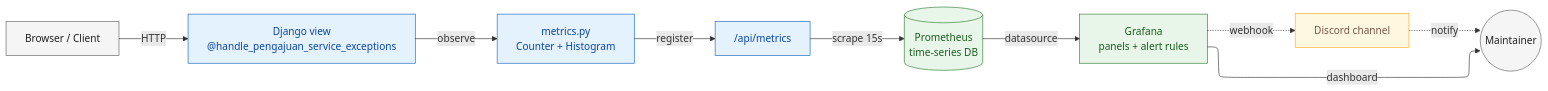
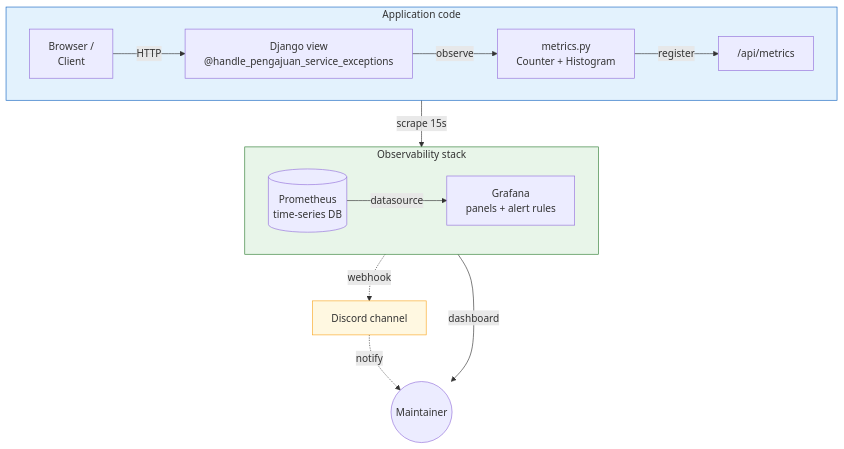
One commit to HusinHakim/blog-husin changed the diagram in content/post/monitoring-pengajuan-prometheus.md. Above: the diagram before and after it, drawn with Mermaid.

Commit message:
Restructure monitoring diagram as two horizontal lanes stacked vertically

```diff
--- a/content/post/monitoring-pengajuan-prometheus.md
+++ b/content/post/monitoring-pengajuan-prometheus.md
@@ -16,31 +16,24 @@
 {{< mermaid >}}
-%%{init: {'flowchart': {'defaultRenderer': 'elk', 'curve': 'basis'}}}%%
-flowchart LR
-    Client["Browser / Client"]
-    Django["Django view<br/>@handle_pengajuan_service_exceptions"]
-    Metrics["metrics.py<br/>Counter + Histogram"]
-    Endpoint["/api/metrics"]
-    Prom[("Prometheus<br/>time-series DB")]
-    Grafana["Grafana<br/>panels + alert rules"]
-    Discord["Discord channel"]
-    Maintainer((Maintainer))
+flowchart TB
+    subgraph App["Application code"]
+        direction LR
+        Client["Browser /<br/>Client"] -->|HTTP| Django["Django view<br/>@handle_pengajuan_service_exceptions"]
+        Django -->|observe| Metrics["metrics.py<br/>Counter + Histogram"]
+        Metrics -->|register| Endpoint["/api/metrics"]
+    end
 
-    Client -->|HTTP| Django
-    Django -->|observe| Metrics
-    Metrics -->|register| Endpoint
+    subgraph Stack["Observability stack"]
+        direction LR
+        Prom[("Prometheus<br/>time-series DB")] -->|datasource| Grafana["Grafana<br/>panels + alert rules"]
+    end
+
     Endpoint -->|scrape 15s| Prom
-    Prom -->|datasource| Grafana
-    Grafana -->|dashboard| Maintainer
-    Grafana -.->|webhook| Discord
-    Discord -.->|notify| Maintainer
 
-    classDef app fill:#e3f2fd,stroke:#1565c0,color:#0d47a1
-    classDef stack fill:#e8f5e9,stroke:#2e7d32,color:#1b5e20
-    classDef notify fill:#fff8e1,stroke:#f9a825,color:#795548
-    classDef actor fill:#f5f5f5,stroke:#616161,color:#212121
+    Grafana -->|dashboard| Maint((Maintainer))
+    Grafana -.->|webhook| Discord["Discord channel"]
+    Discord -.->|notify| Maint
 
-    class Django,Metrics,Endpoint app
-    class Prom,Grafana stack
-    class Discord notify
-    class Client,Maintainer actor
+    style App fill:#e3f2fd,stroke:#1565c0,stroke-width:1px
+    style Stack fill:#e8f5e9,stroke:#2e7d32,stroke-width:1px
+    style Discord fill:#fff8e1,stroke:#f9a825
 {{< /mermaid >}}
```
